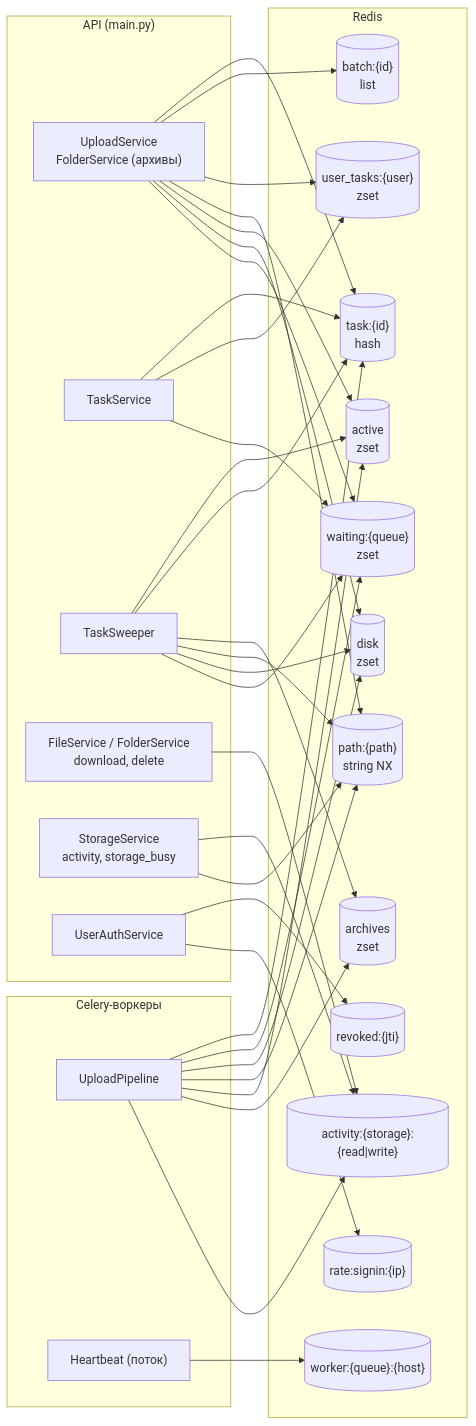
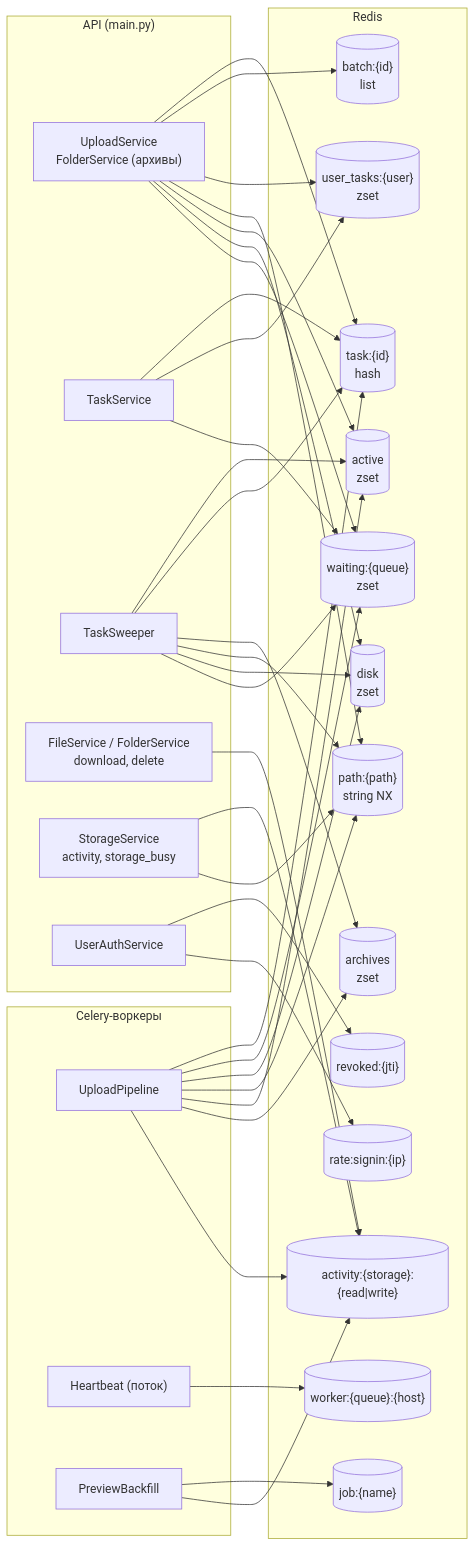
The diagram in docs/redis.md (NikitkaZXC/tcloud-backend), drawn with Mermaid before and after one commit. The commit also changed other lines of this file and 17 other files, not shown here.

````diff
--- a/docs/redis.md
+++ b/docs/redis.md
@@ -11,37 +11,40 @@
 ```mermaid
 flowchart LR
     subgraph api["API (main.py)"]
         us["UploadService<br/>FolderService (архивы)"]
         ts["TaskService"]
         sw["TaskSweeper"]
         fs["FileService / FolderService<br/>download, delete"]
         ss["StorageService<br/>activity, storage_busy"]
         ua["UserAuthService"]
     end
     subgraph workers["Celery-воркеры"]
         pl["UploadPipeline"]
         hb["Heartbeat (поток)"]
+        bf["PreviewBackfill"]
     end
     subgraph redis["Redis"]
         task[("task:{id}<br/>hash")]
         batch[("batch:{id}<br/>list")]
         owned[("user_tasks:{user}<br/>zset")]
         path[("path:{path}<br/>string NX")]
         active[("active<br/>zset")]
         disk[("disk<br/>zset")]
         waiting[("waiting:{queue}<br/>zset")]
         archives[("archives<br/>zset")]
         worker[("worker:{queue}:{host}")]
         activity[("activity:{storage}:{read|write}")]
         revoked[("revoked:{jti}")]
         rate[("rate:signin:{ip}")]
+        job[("job:{name}")]
     end
     us --> task & batch & owned & path & active & disk & waiting
     ts --> task & owned & waiting
     sw --> active & task & archives & path & disk & waiting
     pl --> task & waiting & disk & path & active & archives & activity
+    bf --> job & activity
     hb --> worker
     fs --> activity
     ss --> activity & path
     ua --> revoked & rate
 ```
````
